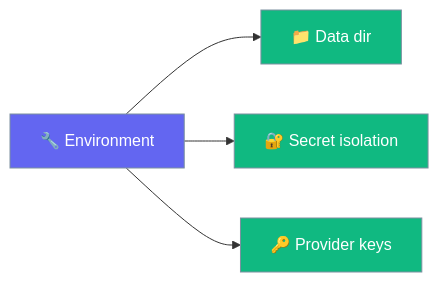
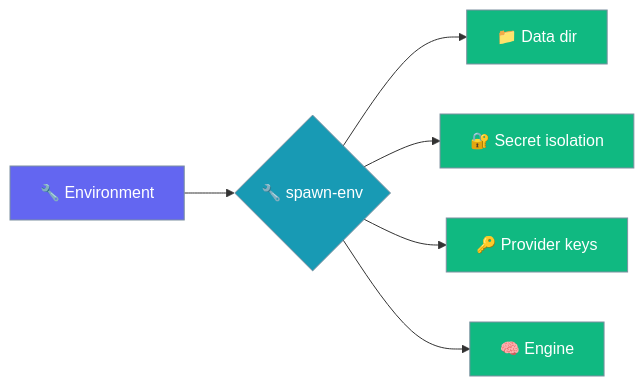
The first of 3 diagrams in docs/features/desktop/environment-variables.mdx (MervinPraison/PraisonAIDocs), drawn with Mermaid before and after one commit. The commit also changed other lines of this file and 1 other file, not shown here.

First line of the commit message:
docs(desktop): document engine spawn-env isolation (fixes #3500)

````diff
--- a/docs/features/desktop/environment-variables.mdx
+++ b/docs/features/desktop/environment-variables.mdx
@@ -21,12 +21,16 @@
 ```mermaid
 graph LR
-    Env[🔧 Environment] --> Data[📁 Data dir]
-    Env --> Secrets[🔐 Secret isolation]
-    Env --> Keys[🔑 Provider keys]
+    Env[🔧 Environment] --> Spawn{🔧 spawn-env}
+    Spawn --> Data[📁 Data dir]
+    Spawn --> Secrets[🔐 Secret isolation]
+    Spawn --> Keys[🔑 Provider keys]
+    Spawn --> Engine[🧠 Engine]
 
     classDef env fill:#6366F1,stroke:#7C90A0,color:#fff
+    classDef mid fill:#189AB4,stroke:#7C90A0,color:#fff
     classDef out fill:#10B981,stroke:#7C90A0,color:#fff
 
     class Env env
-    class Data,Secrets,Keys out
+    class Spawn mid
+    class Data,Secrets,Keys,Engine out
 ```
````
